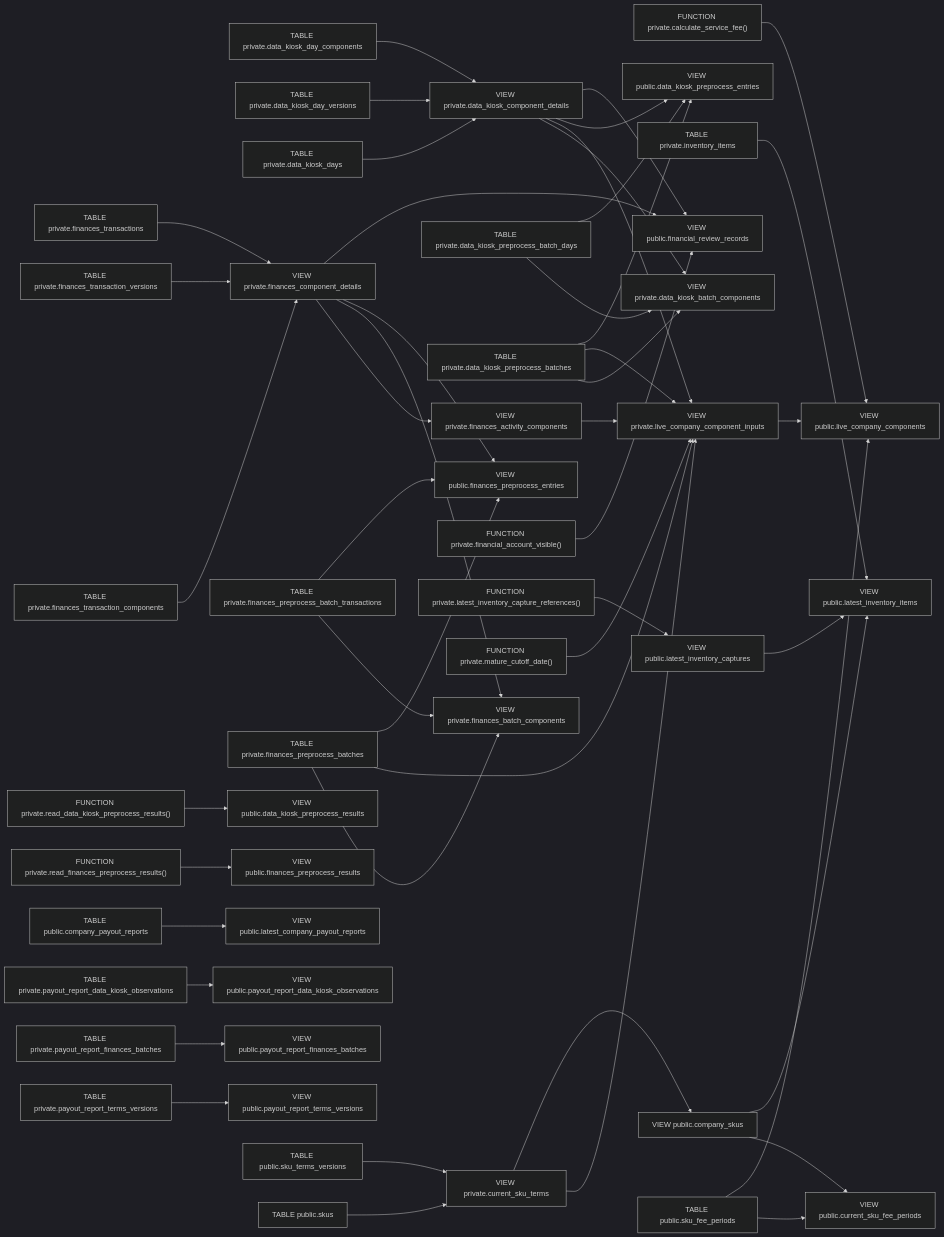
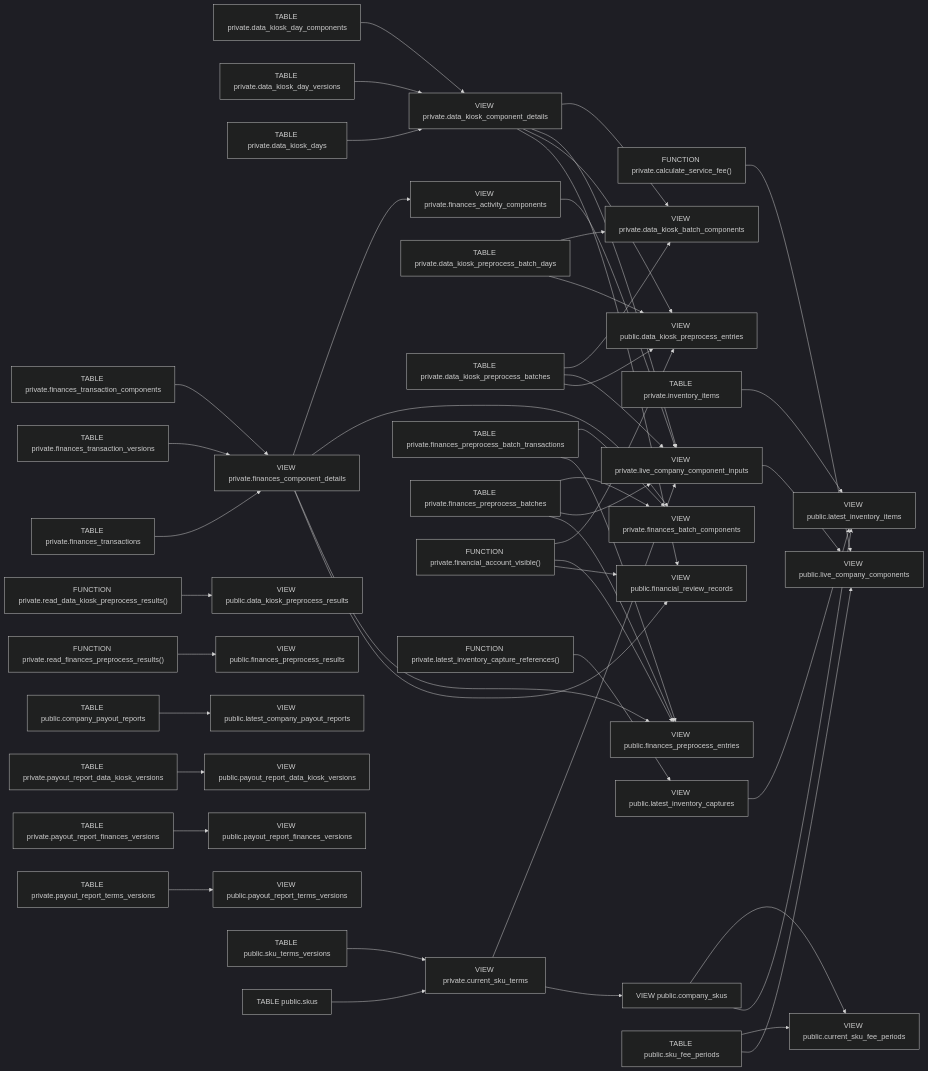
The diagram in docs/figures/database/11-views.mmd (qwercxzsda/A-SelBox), drawn with Mermaid (dark theme) before and after one commit. The commit also changed 158 other files, not shown here.

```diff
--- a/docs/figures/database/11-views.mmd
+++ b/docs/figures/database/11-views.mmd
@@ -1,92 +1,92 @@
 flowchart LR
     private_calculate_service_fee__["FUNCTION private.calculate_service_fee()"]
     private_current_sku_terms["VIEW private.current_sku_terms"]
     private_data_kiosk_batch_components["VIEW private.data_kiosk_batch_components"]
     private_data_kiosk_component_details["VIEW private.data_kiosk_component_details"]
     private_data_kiosk_day_components["TABLE private.data_kiosk_day_components"]
     private_data_kiosk_day_versions["TABLE private.data_kiosk_day_versions"]
     private_data_kiosk_days["TABLE private.data_kiosk_days"]
     private_data_kiosk_preprocess_batch_days["TABLE private.data_kiosk_preprocess_batch_days"]
     private_data_kiosk_preprocess_batches["TABLE private.data_kiosk_preprocess_batches"]
     private_finances_activity_components["VIEW private.finances_activity_components"]
     private_finances_batch_components["VIEW private.finances_batch_components"]
     private_finances_component_details["VIEW private.finances_component_details"]
     private_finances_preprocess_batch_transactions["TABLE private.finances_preprocess_batch_transactions"]
     private_finances_preprocess_batches["TABLE private.finances_preprocess_batches"]
     private_finances_transaction_components["TABLE private.finances_transaction_components"]
     private_finances_transaction_versions["TABLE private.finances_transaction_versions"]
     private_finances_transactions["TABLE private.finances_transactions"]
     private_financial_account_visible__["FUNCTION private.financial_account_visible()"]
     private_inventory_items["TABLE private.inventory_items"]
     private_latest_inventory_capture_references__["FUNCTION private.latest_inventory_capture_references()"]
     private_live_company_component_inputs["VIEW private.live_company_component_inputs"]
-    private_mature_cutoff_date__["FUNCTION private.mature_cutoff_date()"]
-    private_payout_report_data_kiosk_observations["TABLE private.payout_report_data_kiosk_observations"]
-    private_payout_report_finances_batches["TABLE private.payout_report_finances_batches"]
+    private_payout_report_data_kiosk_versions["TABLE private.payout_report_data_kiosk_versions"]
+    private_payout_report_finances_versions["TABLE private.payout_report_finances_versions"]
     private_payout_report_terms_versions["TABLE private.payout_report_terms_versions"]
     private_read_data_kiosk_preprocess_results__["FUNCTION private.read_data_kiosk_preprocess_results()"]
     private_read_finances_preprocess_results__["FUNCTION private.read_finances_preprocess_results()"]
     public_company_payout_reports["TABLE public.company_payout_reports"]
     public_company_skus["VIEW public.company_skus"]
     public_current_sku_fee_periods["VIEW public.current_sku_fee_periods"]
     public_data_kiosk_preprocess_entries["VIEW public.data_kiosk_preprocess_entries"]
     public_data_kiosk_preprocess_results["VIEW public.data_kiosk_preprocess_results"]
     public_finances_preprocess_entries["VIEW public.finances_preprocess_entries"]
     public_finances_preprocess_results["VIEW public.finances_preprocess_results"]
     public_financial_review_records["VIEW public.financial_review_records"]
     public_latest_company_payout_reports["VIEW public.latest_company_payout_reports"]
     public_latest_inventory_captures["VIEW public.latest_inventory_captures"]
     public_latest_inventory_items["VIEW public.latest_inventory_items"]
     public_live_company_components["VIEW public.live_company_components"]
-    public_payout_report_data_kiosk_observations["VIEW public.payout_report_data_kiosk_observations"]
-    public_payout_report_finances_batches["VIEW public.payout_report_finances_batches"]
+    public_payout_report_data_kiosk_versions["VIEW public.payout_report_data_kiosk_versions"]
+    public_payout_report_finances_versions["VIEW public.payout_report_finances_versions"]
     public_payout_report_terms_versions["VIEW public.payout_report_terms_versions"]
     public_sku_fee_periods["TABLE public.sku_fee_periods"]
     public_sku_terms_versions["TABLE public.sku_terms_versions"]
     public_skus["TABLE public.skus"]
     public_sku_terms_versions --> private_current_sku_terms
     public_skus --> private_current_sku_terms
     private_data_kiosk_component_details --> private_data_kiosk_batch_components
     private_data_kiosk_preprocess_batch_days --> private_data_kiosk_batch_components
     private_data_kiosk_preprocess_batches --> private_data_kiosk_batch_components
     private_data_kiosk_day_components --> private_data_kiosk_component_details
     private_data_kiosk_day_versions --> private_data_kiosk_component_details
     private_data_kiosk_days --> private_data_kiosk_component_details
     private_finances_component_details --> private_finances_activity_components
     private_finances_component_details --> private_finances_batch_components
     private_finances_preprocess_batch_transactions --> private_finances_batch_components
     private_finances_preprocess_batches --> private_finances_batch_components
     private_finances_transaction_components --> private_finances_component_details
     private_finances_transaction_versions --> private_finances_component_details
     private_finances_transactions --> private_finances_component_details
     private_current_sku_terms --> private_live_company_component_inputs
     private_data_kiosk_component_details --> private_live_company_component_inputs
     private_data_kiosk_preprocess_batches --> private_live_company_component_inputs
     private_finances_activity_components --> private_live_company_component_inputs
     private_finances_preprocess_batches --> private_live_company_component_inputs
-    private_mature_cutoff_date__ --> private_live_company_component_inputs
     private_current_sku_terms --> public_company_skus
     public_company_skus --> public_current_sku_fee_periods
     public_sku_fee_periods --> public_current_sku_fee_periods
     private_data_kiosk_component_details --> public_data_kiosk_preprocess_entries
     private_data_kiosk_preprocess_batch_days --> public_data_kiosk_preprocess_entries
     private_data_kiosk_preprocess_batches --> public_data_kiosk_preprocess_entries
+    private_financial_account_visible__ --> public_data_kiosk_preprocess_entries
     private_read_data_kiosk_preprocess_results__ --> public_data_kiosk_preprocess_results
     private_finances_component_details --> public_finances_preprocess_entries
     private_finances_preprocess_batch_transactions --> public_finances_preprocess_entries
     private_finances_preprocess_batches --> public_finances_preprocess_entries
+    private_financial_account_visible__ --> public_finances_preprocess_entries
     private_read_finances_preprocess_results__ --> public_finances_preprocess_results
     private_data_kiosk_component_details --> public_financial_review_records
     private_finances_component_details --> public_financial_review_records
     private_financial_account_visible__ --> public_financial_review_records
     public_company_payout_reports --> public_latest_company_payout_reports
     private_latest_inventory_capture_references__ --> public_latest_inventory_captures
     private_inventory_items --> public_latest_inventory_items
     public_company_skus --> public_latest_inventory_items
     public_latest_inventory_captures --> public_latest_inventory_items
     private_calculate_service_fee__ --> public_live_company_components
     private_live_company_component_inputs --> public_live_company_components
     public_sku_fee_periods --> public_live_company_components
-    private_payout_report_data_kiosk_observations --> public_payout_report_data_kiosk_observations
-    private_payout_report_finances_batches --> public_payout_report_finances_batches
+    private_payout_report_data_kiosk_versions --> public_payout_report_data_kiosk_versions
+    private_payout_report_finances_versions --> public_payout_report_finances_versions
     private_payout_report_terms_versions --> public_payout_report_terms_versions
```
